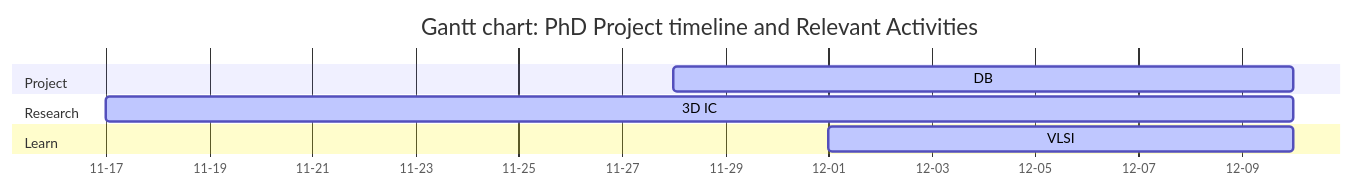
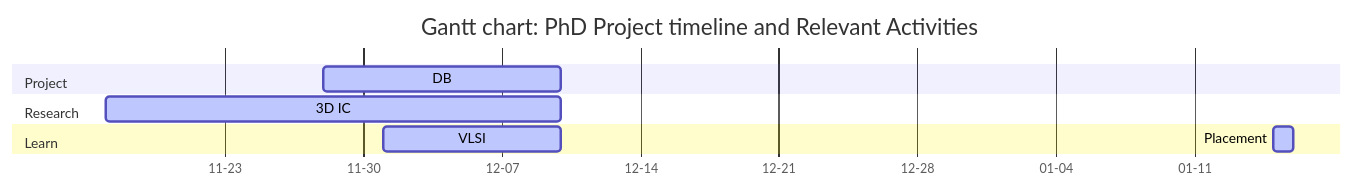
The third of 3 diagrams in tinyml/index.qmd (Marcobisky/Marcobisky.github.io), drawn with Mermaid before and after one commit. The commit also changed other lines of this file and 17 other files, not shown here.

````diff
--- a/tinyml/index.qmd
+++ b/tinyml/index.qmd
@@ -91,25 +92,26 @@
 ```{mermaid}
 ---
 displayMode: compact
 ---
 %%| label: fig-phd-timeline
 %%| fig-cap: "Gantt Chart"
 %%| fig-width: 10
 %%| fig-height: 6
 
 gantt
     title Gantt chart: PhD Project timeline and Relevant Activities
     dateFormat  YYYY-MM-DD
     axisFormat  %m-%d
     tickInterval 14d
 
     section Project
         DB :active, 2025-11-28, 2025-12-10
 
     section Research
         3D IC :active, 2025-11-17, 2025-12-10
 
     section Learn
         VLSI :active, 2025-12-01, 2025-12-10
+        Placement :active, 2026-01-15, 2026-01-16
 
 ```
````
